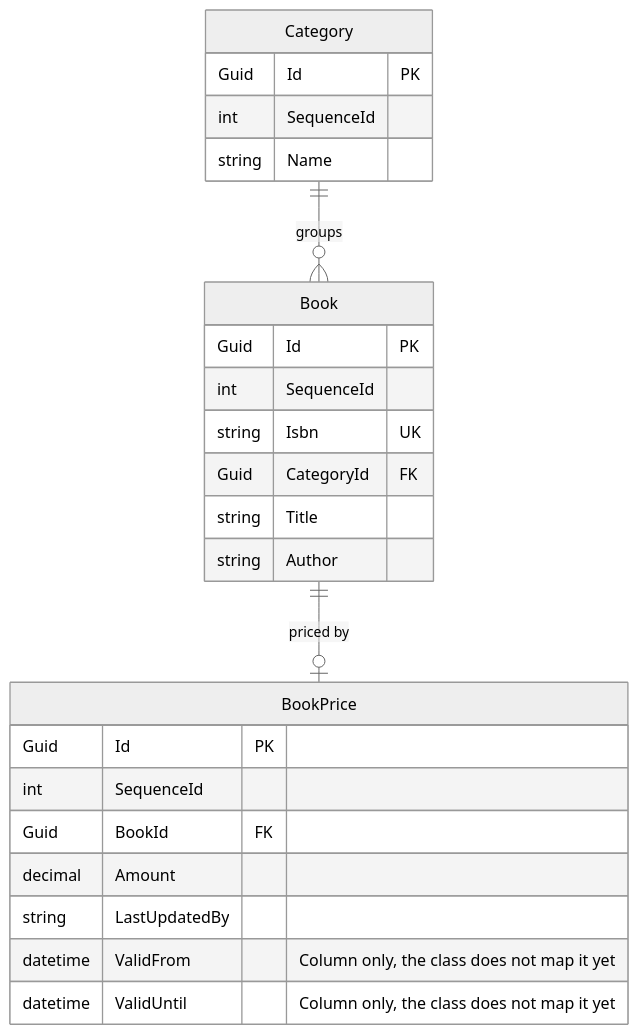
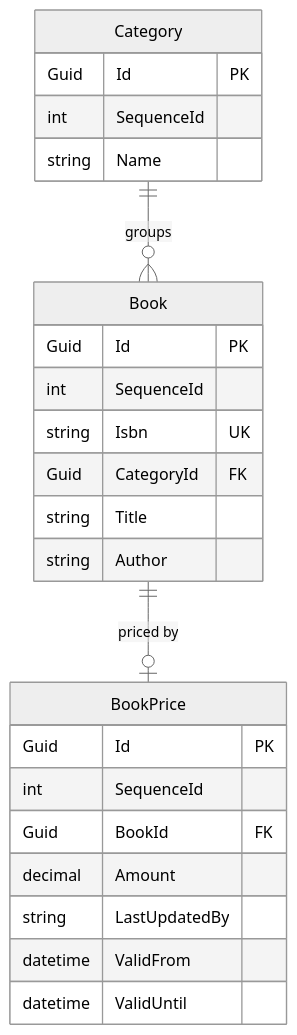
One commit to gmarginet/CleanArchitectureToolkit changed the first of 3 diagrams in demo/README.md. Above: the diagram before and after it, drawn with Mermaid (neutral theme). The commit also changed 80 other files, not shown here.

````diff
--- a/demo/README.md
+++ b/demo/README.md
@@ -537,28 +537,28 @@
 ```mermaid
 erDiagram
     Category ||--o{ Book : groups
     Book ||--o| BookPrice : "priced by"
 
     Category {
         Guid Id PK
         int SequenceId
         string Name
     }
     Book {
         Guid Id PK
         int SequenceId
         string Isbn UK
         Guid CategoryId FK
         string Title
         string Author
     }
     BookPrice {
         Guid Id PK
         int SequenceId
         Guid BookId FK
         decimal Amount
         string LastUpdatedBy
-        datetime ValidFrom "Column only, the class does not map it yet"
-        datetime ValidUntil "Column only, the class does not map it yet"
+        datetime ValidFrom
+        datetime ValidUntil
     }
 ```
````
